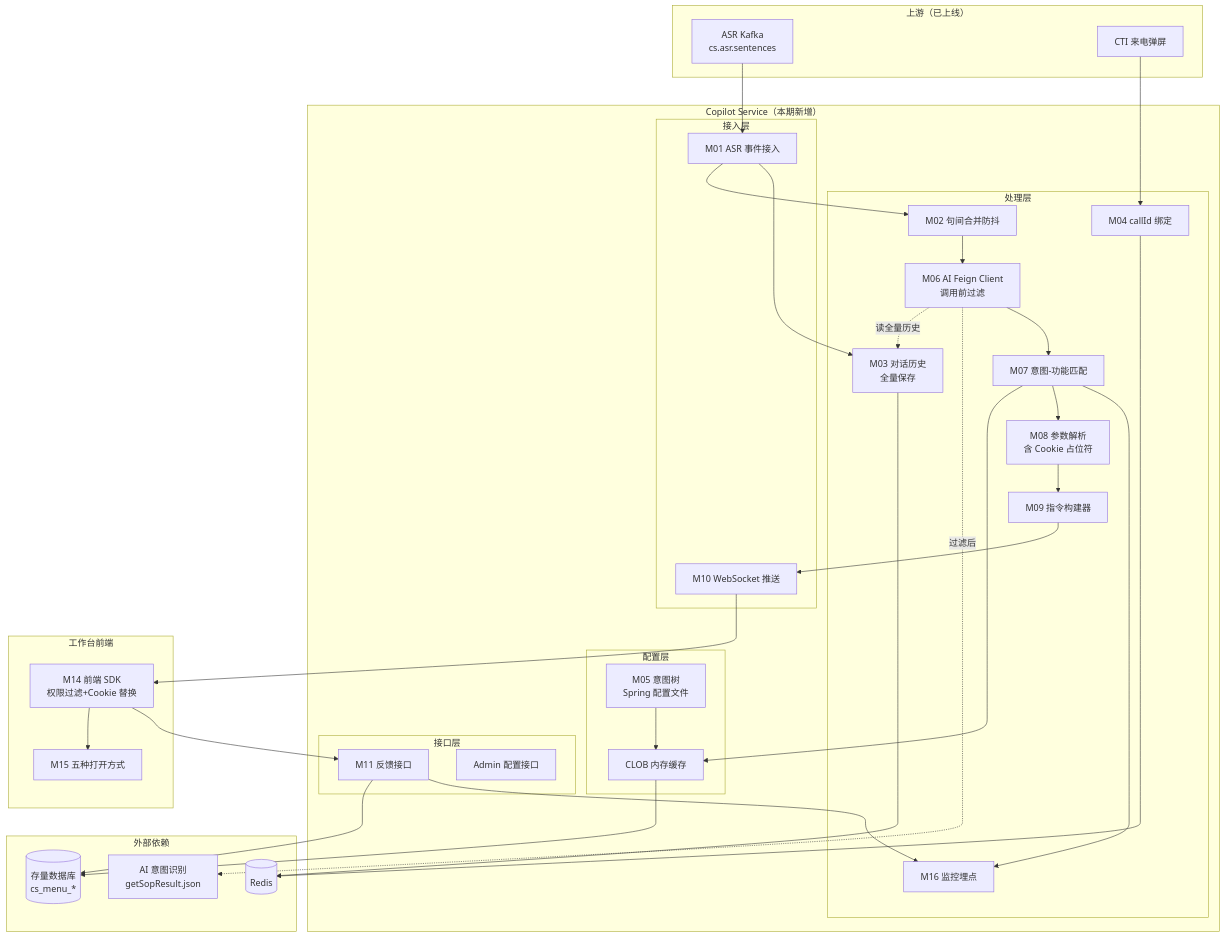
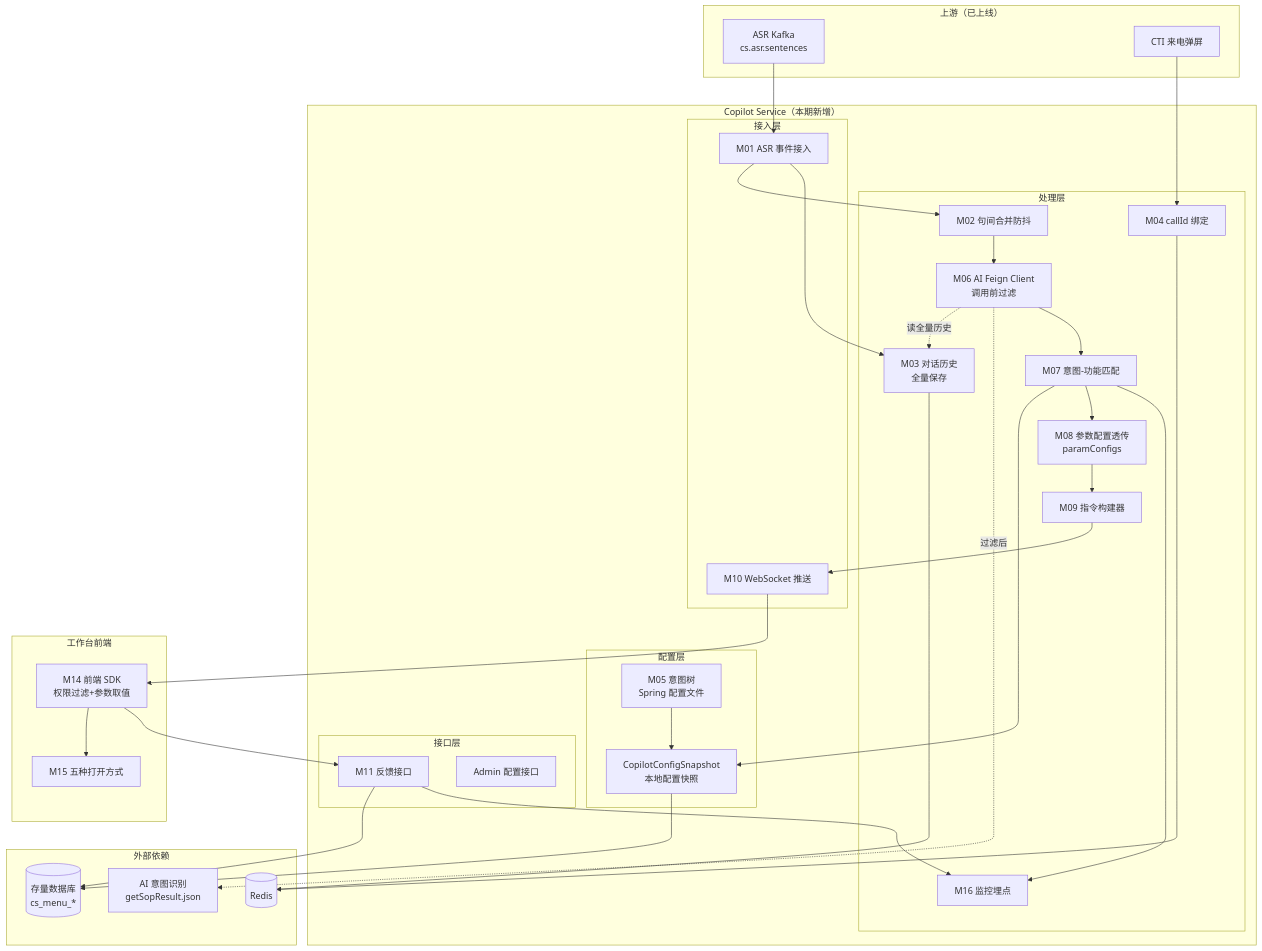
One commit to qzz617/copilot changed the first of 24 diagrams in cs-copilot-service/docs/dd-v1.2.md. Above: the diagram before and after it, drawn with Mermaid. The commit also changed other lines of this file and 118 other files, not shown here.

````diff
--- a/cs-copilot-service/docs/dd-v1.2.md
+++ b/cs-copilot-service/docs/dd-v1.2.md
@@ -261,66 +266,66 @@
 ```mermaid
 graph TB
     subgraph 上游["上游（已上线）"]
         ASR[ASR Kafka<br/>cs.asr.sentences]
         CTI[CTI 来电弹屏]
     end
 
     subgraph CopilotService["Copilot Service（本期新增）"]
         subgraph 接入["接入层"]
             M01[M01 ASR 事件接入]
             M10[M10 WebSocket 推送]
         end
         subgraph 处理["处理层"]
             M02[M02 句间合并防抖]
             M03[M03 对话历史<br/>全量保存]
             M04[M04 callId 绑定]
             M06[M06 AI Feign Client<br/>调用前过滤]
             M07[M07 意图-功能匹配]
-            M08[M08 参数解析<br/>含 Cookie 占位符]
+            M08[M08 参数配置透传<br/>paramConfigs]
             M09[M09 指令构建器]
             M16[M16 监控埋点]
         end
         subgraph 配置["配置层"]
             M05[M05 意图树<br/>Spring 配置文件]
-            CACHE[CLOB 内存缓存]
+            CACHE[CopilotConfigSnapshot<br/>本地配置快照]
         end
         subgraph 接口["接口层"]
             M11[M11 反馈接口]
             ADMIN[Admin 配置接口]
         end
     end
 
     subgraph External["外部依赖"]
         AI[AI 意图识别<br/>getSopResult.json]
         DB[(存量数据库<br/>cs_menu_*)]
         REDIS[(Redis)]
     end
 
     subgraph Frontend["工作台前端"]
-        SDK[M14 前端 SDK<br/>权限过滤+Cookie 替换]
+        SDK[M14 前端 SDK<br/>权限过滤+参数取值]
         OPEN[M15 五种打开方式]
     end
 
     ASR --> M01
     CTI --> M04
     M01 --> M02
     M01 --> M03
     M02 --> M06
     M06 -.读全量历史.-> M03
     M06 -.过滤后.-> AI
     M06 --> M07
     M07 --> CACHE
     M07 --> M08
     M08 --> M09
     M09 --> M10
     M10 --> SDK
     SDK --> OPEN
     M03 --> REDIS
     M04 --> REDIS
     M05 --> CACHE
     CACHE --> DB
     SDK --> M11
     M11 --> DB
     M11 --> M16
     M07 --> M16
 ```
````
